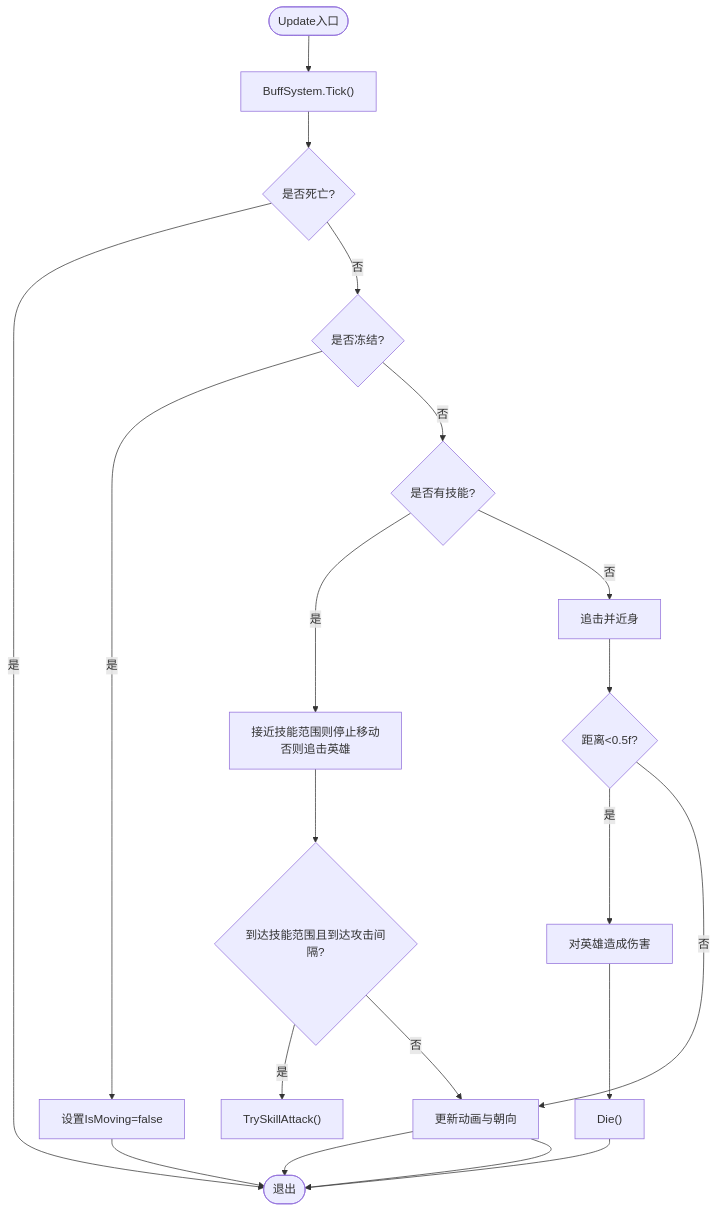
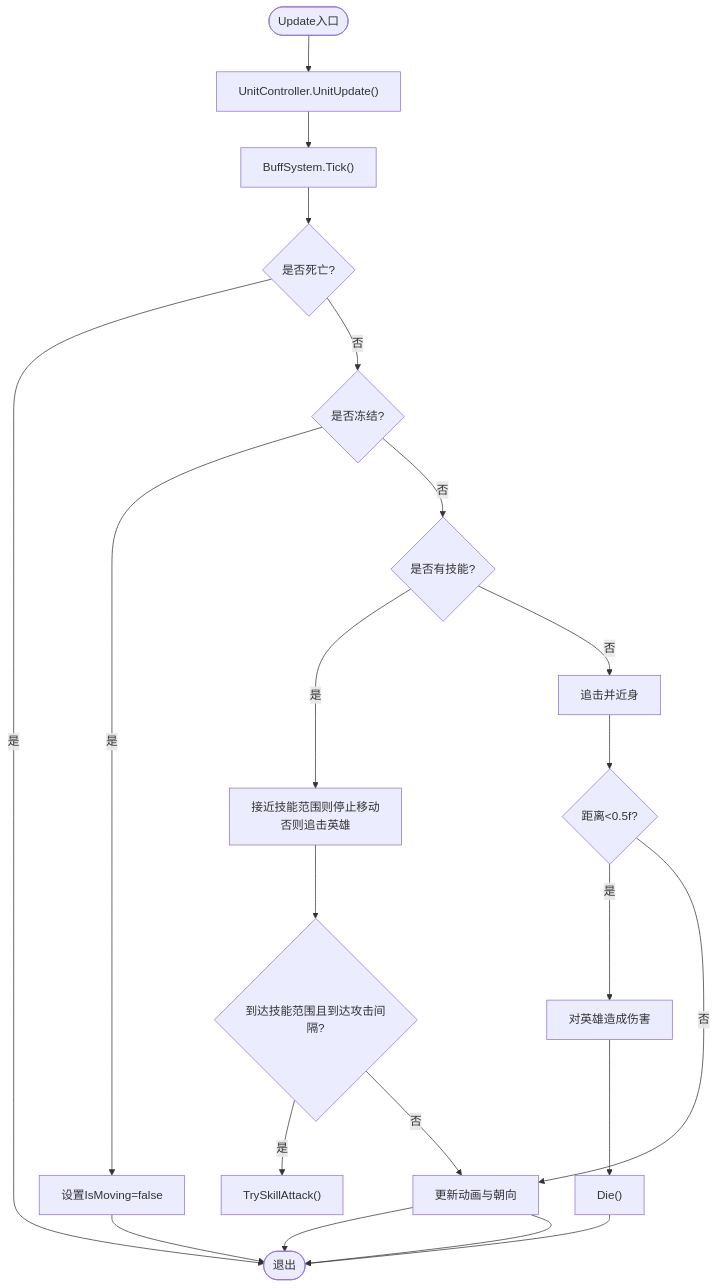
The fourth of 7 diagrams in .qoder/repowiki/zh/content/战斗系统/角色控制器/角色控制器.md (Tuusen/p1_client), drawn with Mermaid before and after one commit. The commit also changed other lines of this file and 13 other files, not shown here.

````diff
--- a/.qoder/repowiki/zh/content/战斗系统/角色控制器/角色控制器.md
+++ b/.qoder/repowiki/zh/content/战斗系统/角色控制器/角色控制器.md
@@ -269,16 +313,17 @@
 ```mermaid
 flowchart TD
-Start(["Update入口"]) --> BuffTick["BuffSystem.Tick()"]
+Start(["Update入口"]) --> UnitUpdate["UnitController.UnitUpdate()"]
+UnitUpdate --> BuffTick["BuffSystem.Tick()"]
 BuffTick --> DeadCheck{"是否死亡?"}
 DeadCheck --> |是| End(["退出"])
 DeadCheck --> |否| FrozenCheck{"是否冻结?"}
 FrozenCheck --> |是| SetMovingFalse["设置IsMoving=false"] --> End
 FrozenCheck --> |否| HasSkill{"是否有技能?"}
 HasSkill --> |是| MoveOrAttack["接近技能范围则停止移动<br/>否则追击英雄"]
 MoveOrAttack --> AttackCheck{"到达技能范围且到达攻击间隔?"}
 AttackCheck --> |是| TrySkill["TrySkillAttack()"]
 AttackCheck --> |否| UpdateAnim["更新动画与朝向"] --> End
 HasSkill --> |否| Melee["追击并近身"] --> NearCheck{"距离<0.5f?"}
 NearCheck --> |是| NearAttack["对英雄造成伤害"] --> Die["Die()"] --> End
 NearCheck --> |否| UpdateAnim --> End
 ```
````
